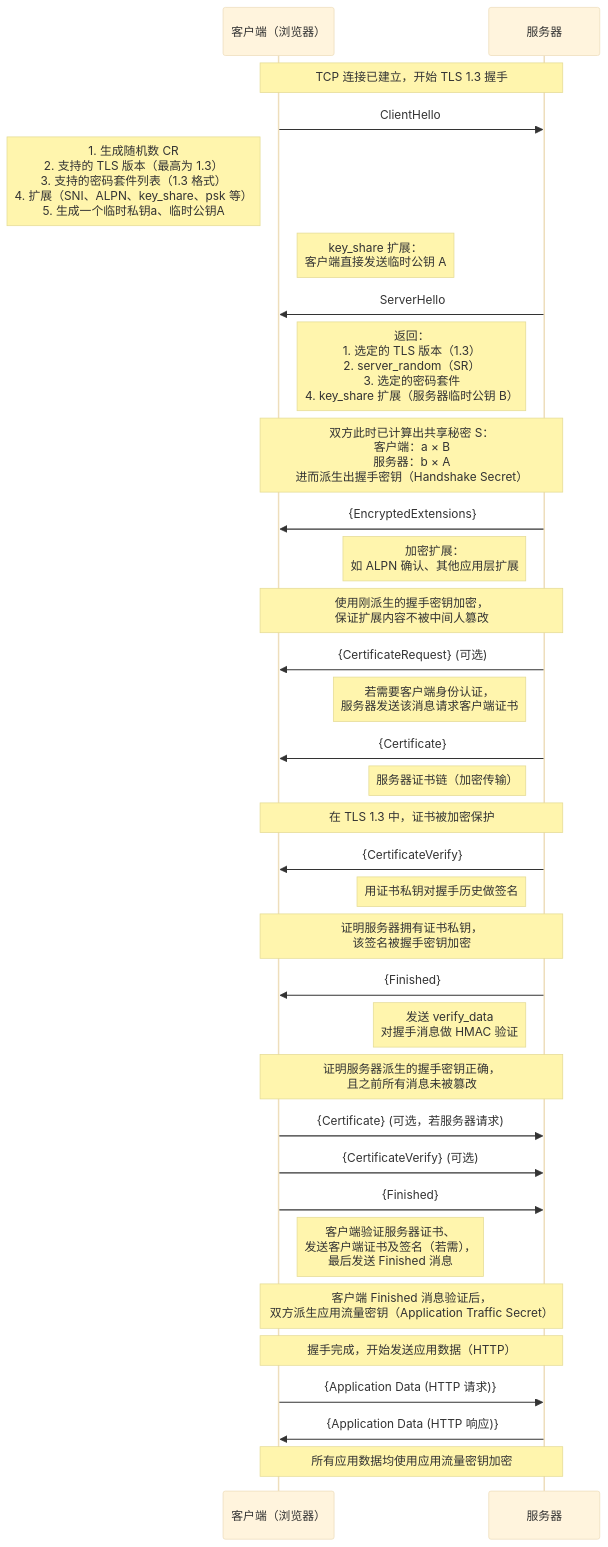
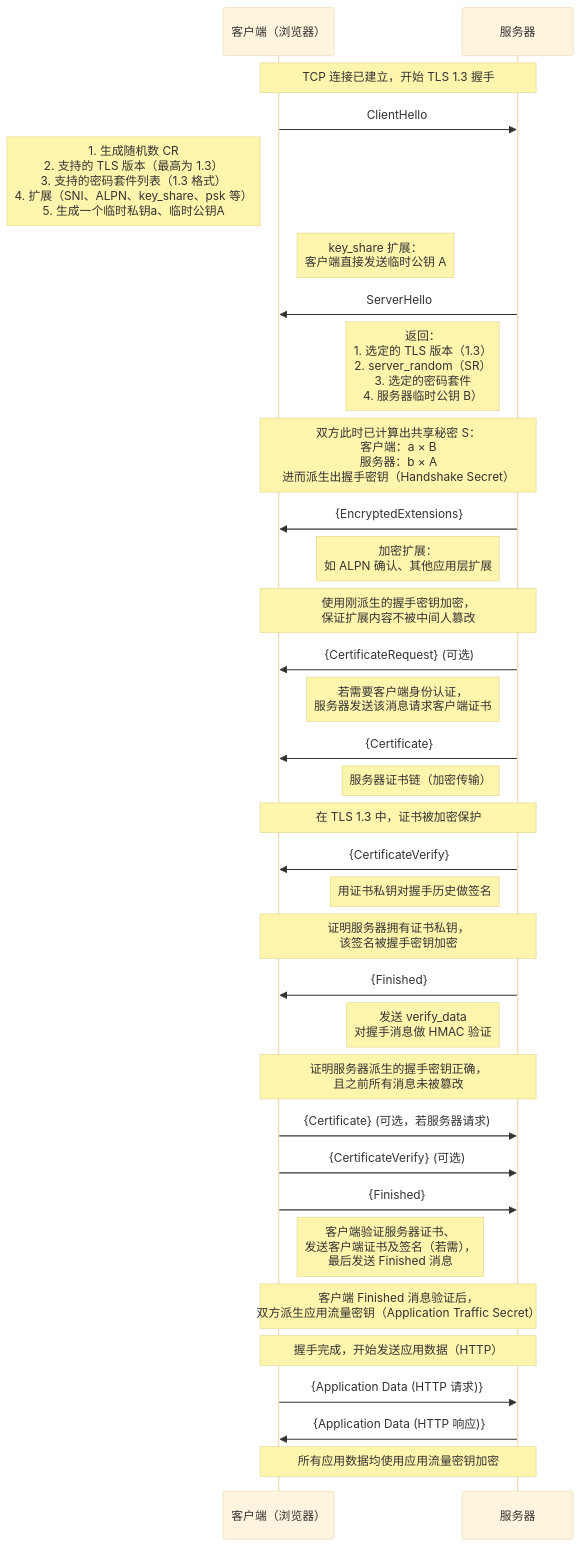
The diagram in all/未命名-3.md (HY-10-8/iodraw-files), drawn with Mermaid (base theme) before and after one commit.

Commit message:
2026-03-30 17:24:16 update

````diff
--- a/all/未命名-3.md
+++ b/all/未命名-3.md
@@ -1,46 +1,46 @@
 ```mermaid
 sequenceDiagram
     participant C as 客户端（浏览器）
     participant S as 服务器
 
     Note over C,S: TCP 连接已建立，开始 TLS 1.3 握手
 
     C->>S: ClientHello
     Note left of C: 1. 生成随机数 CR<br/> 2. 支持的 TLS 版本（最高为 1.3）<br/> 3. 支持的密码套件列表（1.3 格式）<br/> 4. 扩展（SNI、ALPN、key_share、psk 等）<br/> 5. 生成一个临时私钥a、临时公钥A
     Note right of C: key_share 扩展：<br/> 客户端直接发送临时公钥 A
 
     S->>C: ServerHello
-    Note left of S: 返回：<br/> 1. 选定的 TLS 版本（1.3）<br/> 2. server_random（SR）<br/> 3. 选定的密码套件<br/> 4. key_share 扩展（服务器临时公钥 B）
+    Note left of S: 返回：<br/> 1. 选定的 TLS 版本（1.3）<br/> 2. server_random（SR）<br/> 3. 选定的密码套件<br/> 4. 服务器临时公钥 B）
     Note over C,S: 双方此时已计算出共享秘密 S：<br/> 客户端：a × B<br/> 服务器：b × A<br/> 进而派生出握手密钥（Handshake Secret）
 
     S->>C: {EncryptedExtensions}
     Note left of S: 加密扩展：<br/> 如 ALPN 确认、其他应用层扩展
     Note over C,S: 使用刚派生的握手密钥加密，<br/> 保证扩展内容不被中间人篡改
 
     S->>C: {CertificateRequest} (可选)
     Note left of S: 若需要客户端身份认证，<br/> 服务器发送该消息请求客户端证书
 
     S->>C: {Certificate}
     Note left of S: 服务器证书链（加密传输）
     Note over C,S: 在 TLS 1.3 中，证书被加密保护
 
     S->>C: {CertificateVerify}
     Note left of S: 用证书私钥对握手历史做签名
     Note over C,S: 证明服务器拥有证书私钥，<br/> 该签名被握手密钥加密
 
     S->>C: {Finished}
     Note left of S: 发送 verify_data<br/> 对握手消息做 HMAC 验证
     Note over C,S: 证明服务器派生的握手密钥正确，<br/> 且之前所有消息未被篡改
 
     C->>S: {Certificate} (可选，若服务器请求)
     C->>S: {CertificateVerify} (可选)
     C->>S: {Finished}
     Note right of C: 客户端验证服务器证书、<br/> 发送客户端证书及签名（若需），<br/> 最后发送 Finished 消息
     Note over C,S: 客户端 Finished 消息验证后，<br/> 双方派生应用流量密钥（Application Traffic Secret）
 
     Note over C,S: 握手完成，开始发送应用数据（HTTP）
 
     C->>S: {Application Data (HTTP 请求)}
     S->>C: {Application Data (HTTP 响应)}
     Note over C,S: 所有应用数据均使用应用流量密钥加密
 ```
````
